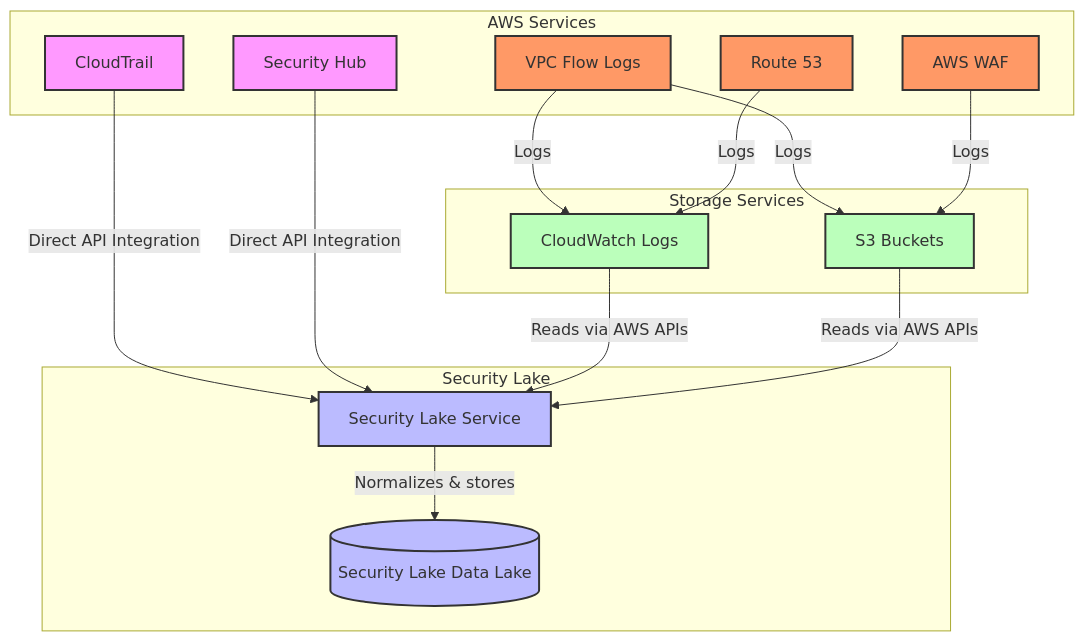
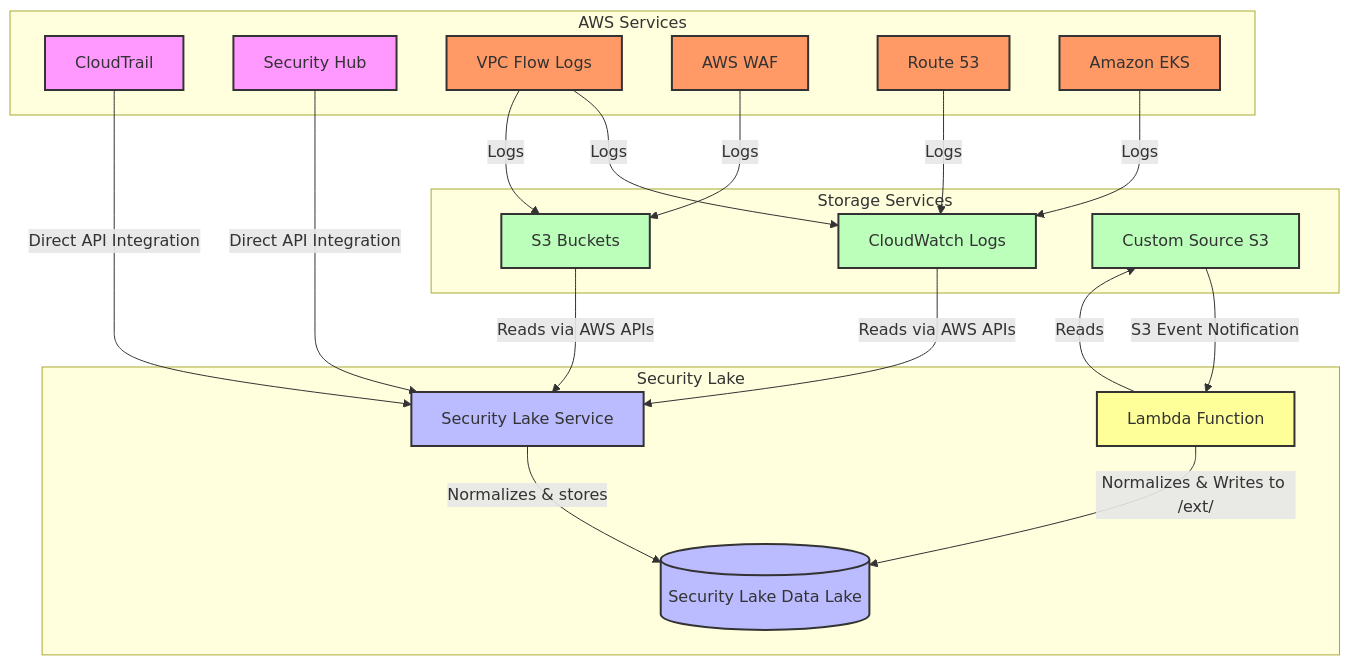
The seventh of 8 diagrams in integration.md (hugger-beep/slake), drawn with Mermaid before and after one commit.

````diff
--- a/integration.md
+++ b/integration.md
@@ -198,46 +198,57 @@
 ```mermaid
 graph TD
     subgraph "AWS Services"
         CT[CloudTrail]
         SH[Security Hub]
         VPC[VPC Flow Logs]
         WAF[AWS WAF]
         R53[Route 53]
+        EKS[Amazon EKS]
     end
     
     subgraph "Storage Services"
         CWL[CloudWatch Logs]
         S3[S3 Buckets]
+        CS[Custom Source S3]
     end
     
     subgraph "Security Lake"
         SL[Security Lake Service]
         SLDB[(Security Lake Data Lake)]
+        Lambda[Lambda Function]
     end
     
     %% Direct API Integration
     CT -->|Direct API Integration| SL
     SH -->|Direct API Integration| SL
     
     %% Indirect Collection via Storage
     VPC -->|Logs| CWL
     VPC -->|Logs| S3
     WAF -->|Logs| S3
     R53 -->|Logs| CWL
+    EKS -->|Logs| CWL
     
     CWL -->|Reads via AWS APIs| SL
     S3 -->|Reads via AWS APIs| SL
+    
+    %% Custom Source Flow
+    CS -->|S3 Event Notification| Lambda
+    Lambda -->|Reads| CS
+    Lambda -->|Normalizes & Writes to /ext/| SLDB
     
     SL -->|Normalizes & stores| SLDB
     
     %% Styling
     classDef directAPI fill:#f9f,stroke:#333,stroke-width:2px
     classDef indirectAPI fill:#f96,stroke:#333,stroke-width:2px
     classDef storage fill:#bfb,stroke:#333,stroke-width:2px
     classDef securityLake fill:#bbf,stroke:#333,stroke-width:2px
+    classDef lambda fill:#ff9,stroke:#333,stroke-width:2px
     
     class CT,SH directAPI
-    class VPC,WAF,R53 indirectAPI
-    class CWL,S3 storage
+    class VPC,WAF,R53,EKS indirectAPI
+    class CWL,S3,CS storage
     class SL,SLDB securityLake
+    class Lambda lambda
 ```
````
